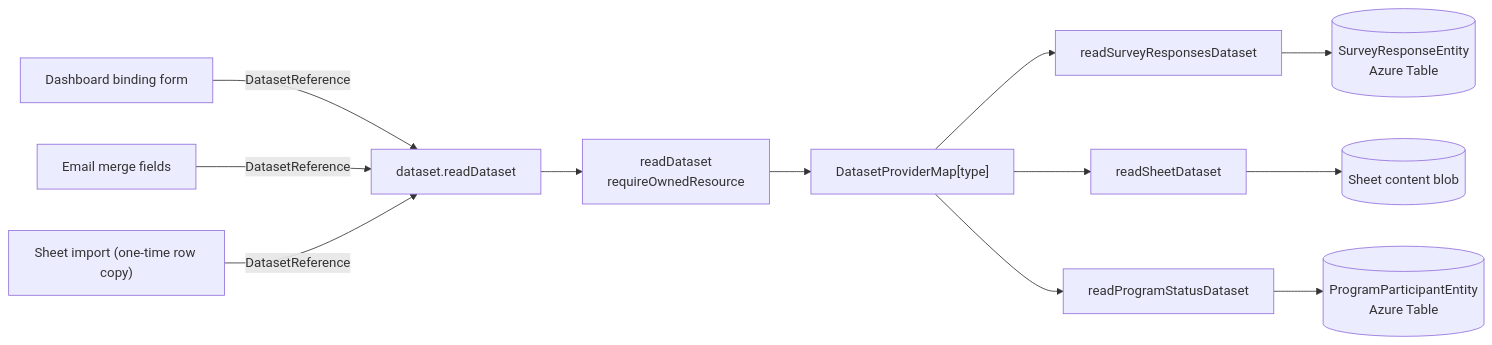
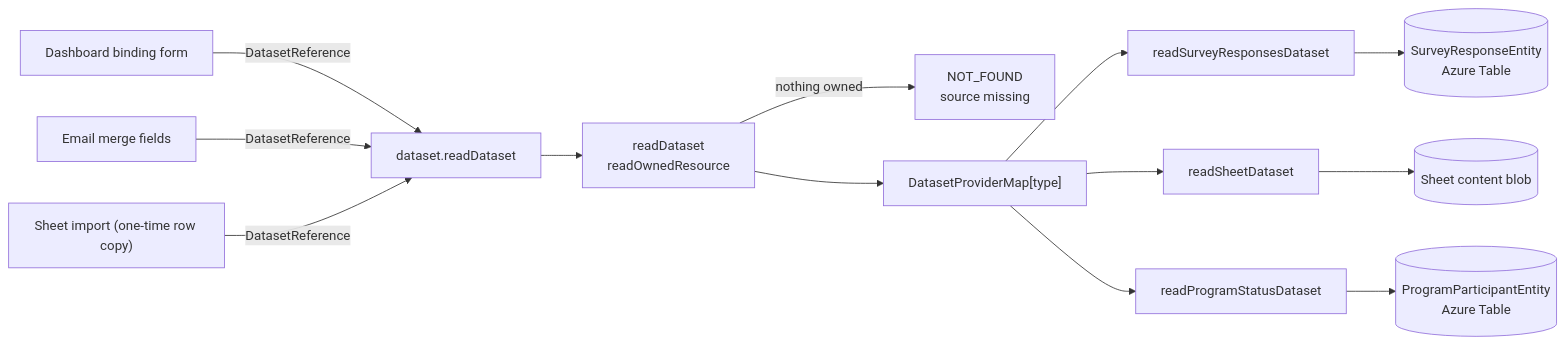
The diagram in apps/web/content/docs/architecture/dataset.md (Esposter/Esposter), drawn with Mermaid before and after one commit. The commit also changed other lines of this file and 26 other files, not shown here.

First line of the commit message:
feat(dataset): a reference whose source is gone reads as missing, and every consumer says to rebind or restore it

````diff
--- a/apps/web/content/docs/architecture/dataset.md
+++ b/apps/web/content/docs/architecture/dataset.md
@@ -51,11 +51,12 @@
 ```mermaid
 flowchart LR
   DASH["Dashboard binding form"] -->|DatasetReference| RD["dataset.readDataset"]
   EMAIL["Email merge fields"] -->|DatasetReference| RD
   IMPORT["Sheet import (one-time row copy)"] -->|DatasetReference| RD
-  RD --> OWN["readDataset<br/>requireOwnedResource"]
+  RD --> OWN["readDataset<br/>readOwnedResource"]
+  OWN -->|"nothing owned"| MISSING["NOT_FOUND<br/>source missing"]
   OWN --> MAP["DatasetProviderMap[type]"]
   MAP --> SR["readSurveyResponsesDataset"] --> AT[("SurveyResponseEntity<br/>Azure Table")]
   MAP --> FR["readSheetDataset"] --> BLOB[("Sheet content blob")]
   MAP --> PR["readProgramStatusDataset"] --> PT[("ProgramParticipantEntity<br/>Azure Table")]
 ```
````
